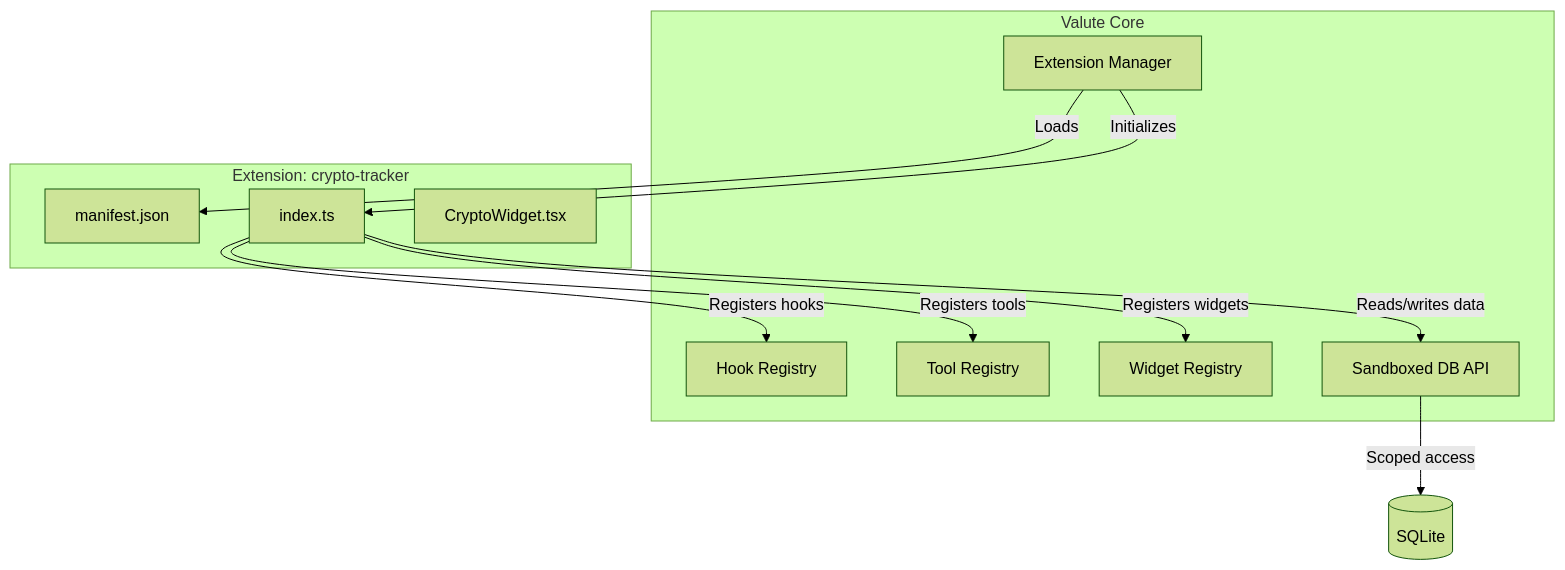
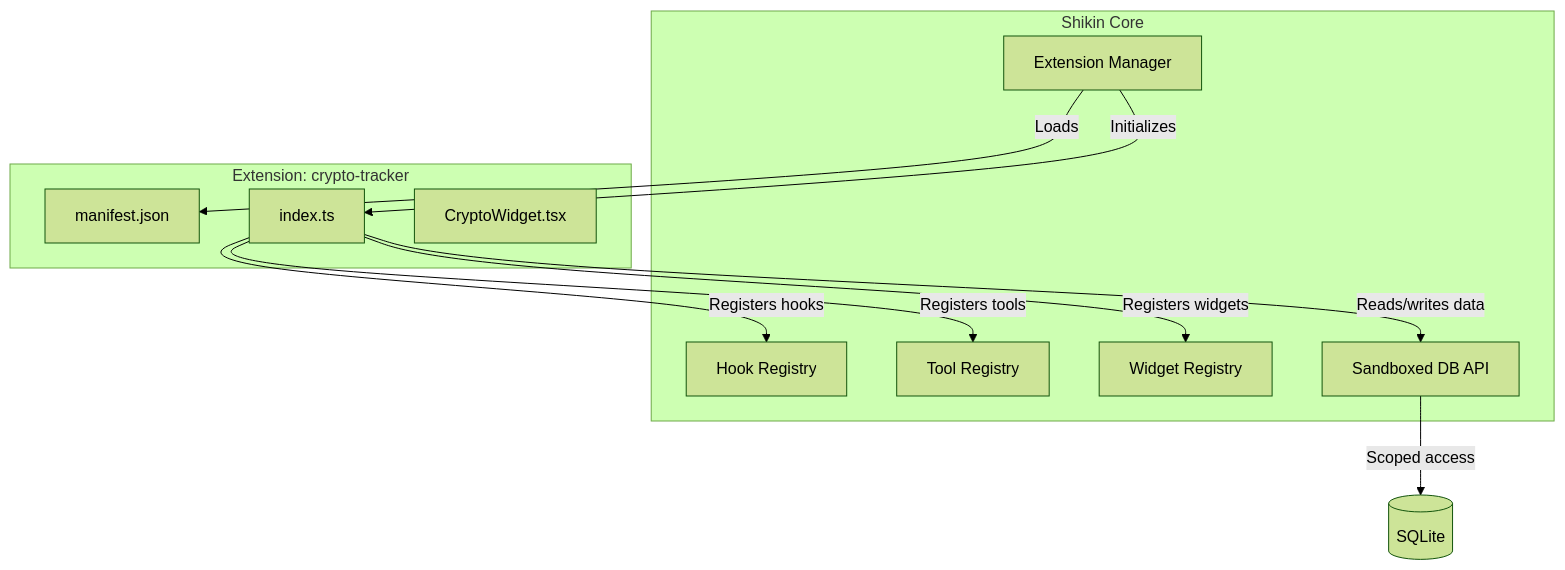
One commit to g0dxn4/Shikin changed the first of 2 diagrams in docs/reference/EXTENSIONS.md. Above: the diagram before and after it, drawn with Mermaid (forest theme). The commit also changed other lines of this file and 142 other files, not shown here.

````diff
--- a/docs/reference/EXTENSIONS.md
+++ b/docs/reference/EXTENSIONS.md
@@ -26,24 +26,24 @@
 ```mermaid
 graph TD
-    subgraph "Valute Core"
+    subgraph "Shikin Core"
         EM[Extension Manager]
         HR[Hook Registry]
         TR[Tool Registry]
         WR[Widget Registry]
         SDB[Sandboxed DB API]
     end
 
     subgraph "Extension: crypto-tracker"
         M[manifest.json]
         E[index.ts]
         W[CryptoWidget.tsx]
     end
 
     EM -->|Loads| M
     EM -->|Initializes| E
     E -->|Registers hooks| HR
     E -->|Registers tools| TR
     E -->|Registers widgets| WR
     E -->|Reads/writes data| SDB
     SDB -->|Scoped access| DB[(SQLite)]
 ```
````
